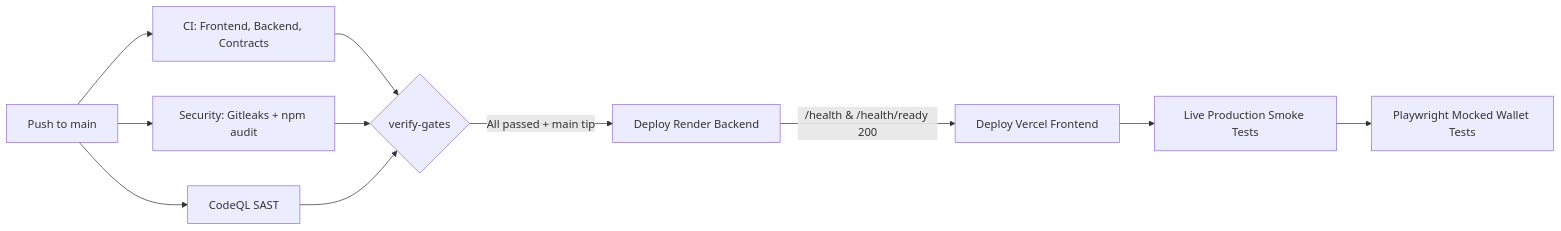
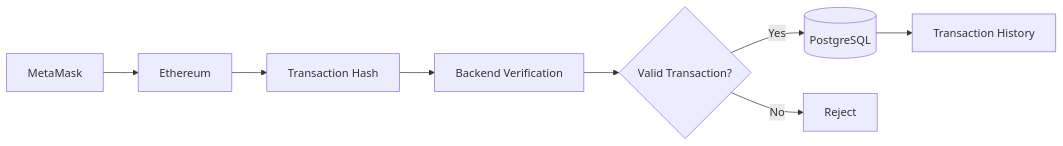
The third of 4 diagrams in README.md (Sidhant322129/eth-wallet-dapp), drawn with Mermaid before and after one commit. The commit also changed other lines of this file, not shown here.

````diff
--- a/README.md
+++ b/README.md
@@ -118,13 +231,10 @@
 ```mermaid
 flowchart LR
-    P[Push to main] --> CI[CI: Frontend, Backend, Contracts]
-    P --> SEC[Security: Gitleaks + npm audit]
-    P --> CQL[CodeQL SAST]
-    CI --> G{verify-gates}
-    SEC --> G
-    CQL --> G
-    G -->|All passed + main tip| R[Deploy Render Backend]
-    R -->|/health & /health/ready 200| V[Deploy Vercel Frontend]
-    V --> ST[Live Production Smoke Tests]
-    ST --> PW[Playwright Mocked Wallet Tests]
+    A[MetaMask] --> B[Ethereum]
+    B --> C[Transaction Hash]
+    C --> D[Backend Verification]
+    D --> E{Valid Transaction?}
+    E -->|Yes| F[(PostgreSQL)]
+    E -->|No| G[Reject]
+    F --> H[Transaction History]
 ```
````
